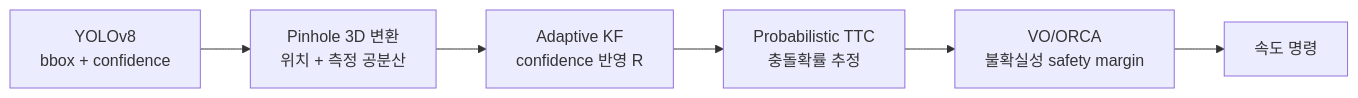
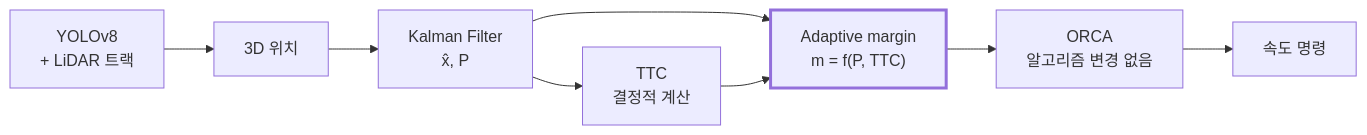
The diagram in docs/project-spec.md (5verflow-sogang/amr-fleet-system), drawn with Mermaid before and after one commit. The commit also changed other lines of this file and 4 other files, not shown here.

````diff
--- a/docs/project-spec.md
+++ b/docs/project-spec.md
@@ -222,8 +226,11 @@
 ```mermaid
 flowchart LR
-  A[YOLOv8<br/>bbox + confidence] --> B[Pinhole 3D 변환<br/>위치 + 측정 공분산]
-  B --> C[Adaptive KF<br/>confidence 반영 R]
-  C --> D[Probabilistic TTC<br/>충돌확률 추정]
-  D --> E[VO/ORCA<br/>불확실성 safety margin]
+  A[YOLOv8<br/>+ LiDAR 트랙] --> B[3D 위치]
+  B --> C["Kalman Filter<br/>x̂, P"]
+  C --> D[TTC<br/>결정적 계산]
+  C --> M
+  D --> M["Adaptive margin<br/>m = f(P, TTC)"]
+  M --> E[ORCA<br/>알고리즘 변경 없음]
   E --> F[속도 명령]
+  style M stroke-width:3px
 ```
````
